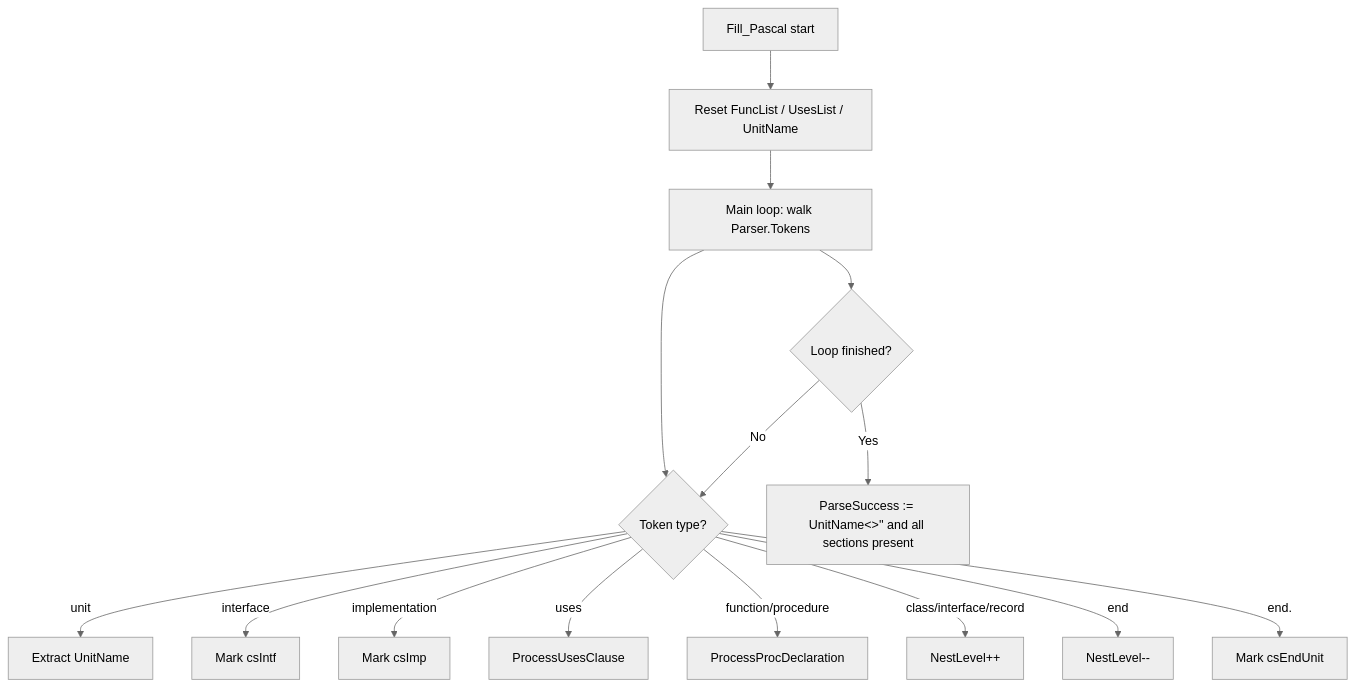
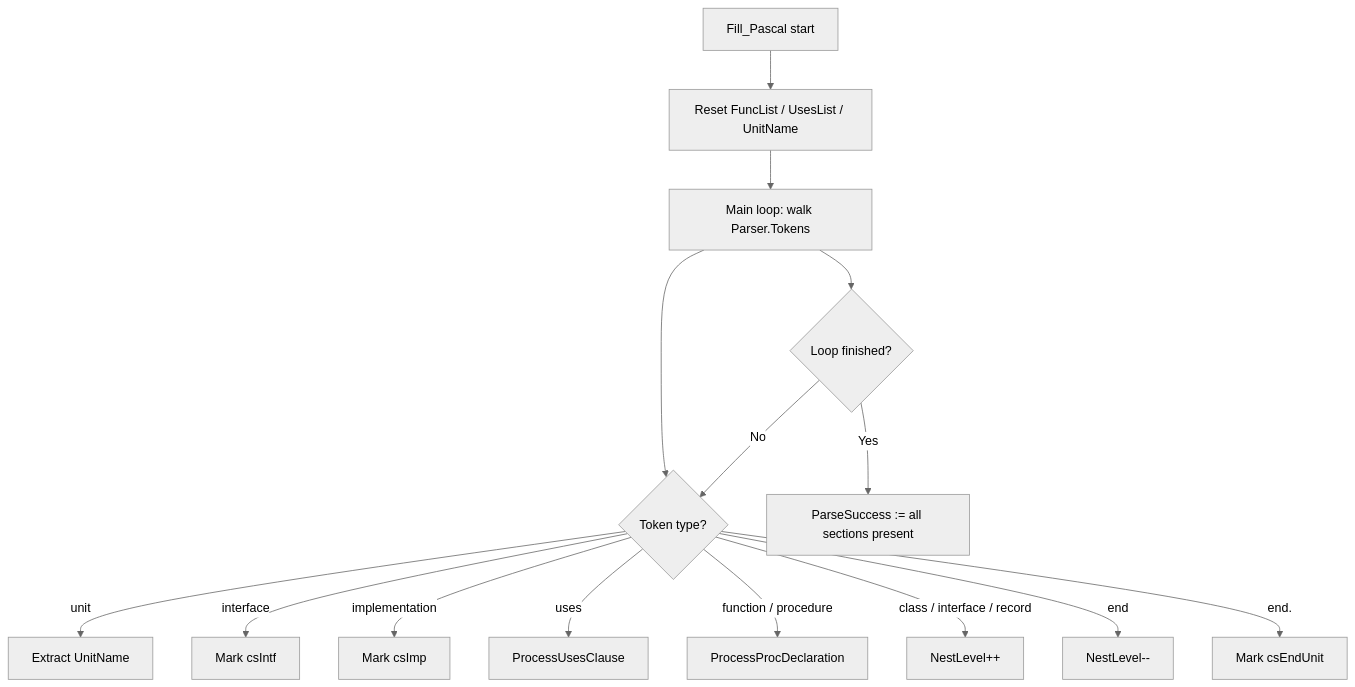
One commit to PassByYou888/LingoFuse-Tools changed the second of 6 diagrams in src/pascal_c_to_abi/code_decl_to_abi_OPERATIONS.md. Above: the diagram before and after it, drawn with Mermaid (neutral theme). The commit also changed other lines of this file and 35 other files, not shown here.

````diff
--- a/src/pascal_c_to_abi/code_decl_to_abi_OPERATIONS.md
+++ b/src/pascal_c_to_abi/code_decl_to_abi_OPERATIONS.md
@@ -375,17 +404,17 @@
 ```mermaid
 flowchart TD
     A["Fill_Pascal start"] --> B["Reset FuncList / UsesList / UnitName"]
     B --> C["Main loop: walk Parser.Tokens"]
     C --> D{"Token type?"}
     D -- "unit" --> E["Extract UnitName"]
     D -- "interface" --> F["Mark csIntf"]
     D -- "implementation" --> G["Mark csImp"]
     D -- "uses" --> H["ProcessUsesClause"]
-    D -- "function/procedure" --> I["ProcessProcDeclaration"]
-    D -- "class/interface/record" --> J["NestLevel++"]
+    D -- "function / procedure" --> I["ProcessProcDeclaration"]
+    D -- "class / interface / record" --> J["NestLevel++"]
     D -- "end" --> K["NestLevel--"]
     D -- "end." --> L["Mark csEndUnit"]
     C --> M{"Loop finished?"}
     M -- "No" --> D
-    M -- "Yes" --> N["ParseSuccess := UnitName<>'' and all sections present"]
+    M -- "Yes" --> N["ParseSuccess := all sections present"]
 ```
````
